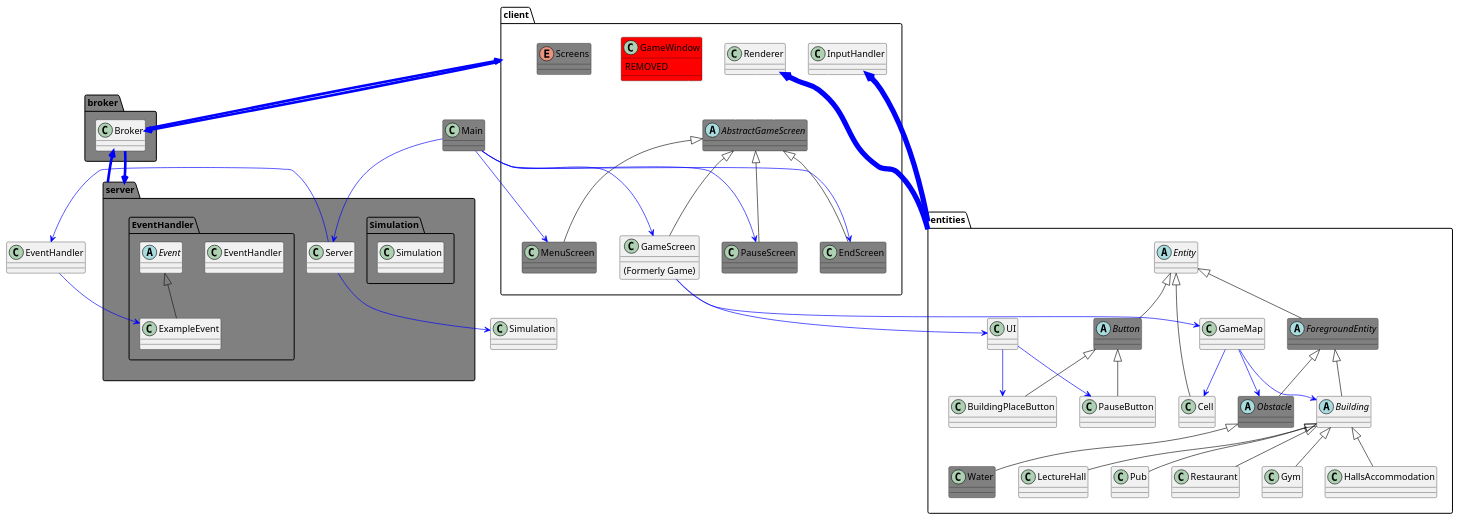
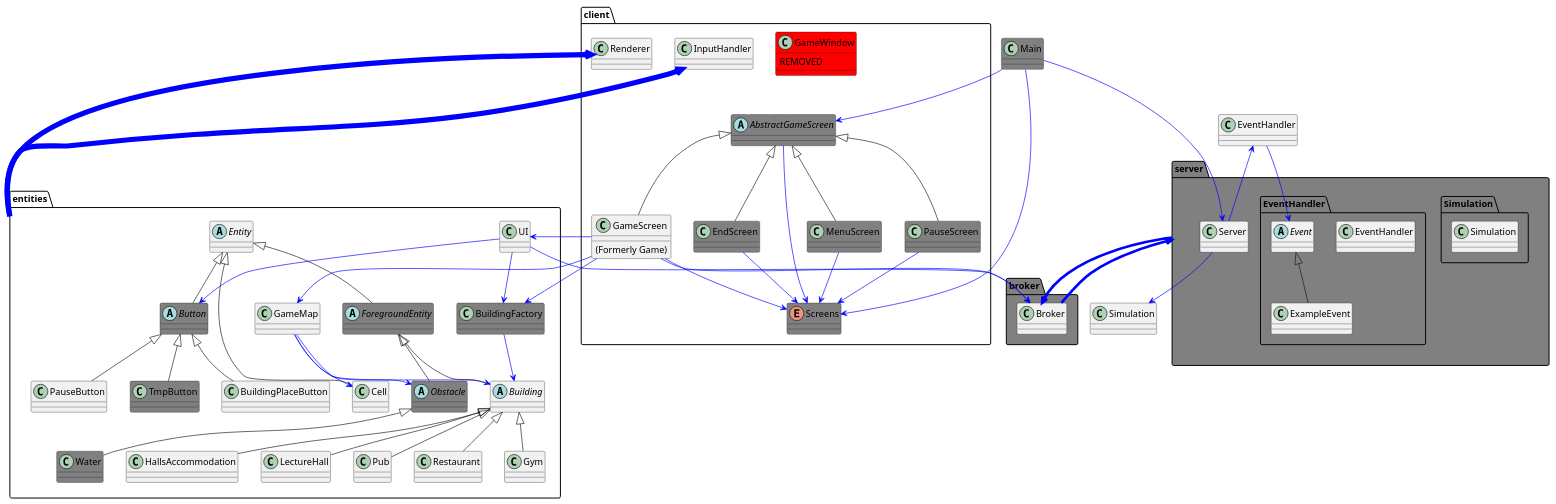
One commit to GRUMv2/Eng1Ass2Cde changed the diagram in CodeDocs/new_arch_v1.puml. Above: the diagram before and after it, drawn with PlantUML.

Commit message:
docs(arch): update architecture UML

```diff
--- a/CodeDocs/new_arch_v1.puml
+++ b/CodeDocs/new_arch_v1.puml
@@ -1,83 +1,90 @@
 @startuml
 /'skinparam groupInheritance 2'/
 
 package client {
     class Renderer
     class InputHandler
     class GameWindow #red {
         REMOVED
     }
     enum Screens #grey
     abstract class AbstractGameScreen #grey
     class MenuScreen #grey extends AbstractGameScreen
     class GameScreen extends AbstractGameScreen {
         (Formerly Game)
     }
     class PauseScreen #grey extends AbstractGameScreen
     class EndScreen #grey extends AbstractGameScreen
 }
 
 class Main #grey
 
 package entities {
     class GameMap
     class UI
     abstract class Entity
     abstract class ForegroundEntity #grey extends Entity
     class Cell extends Entity
     abstract class Obstacle #grey extends ForegroundEntity
     class Water #grey extends Obstacle
     abstract class Button #grey extends Entity
     class BuildingPlaceButton extends Button
     class PauseButton extends Button
+    class TmpButton #grey extends Button
+    class BuildingFactory #grey
     abstract class Building extends ForegroundEntity
     class Gym extends Building
     class HallsAccommodation extends Building
     class LectureHall extends Building
     class Pub extends Building
     class Restaurant extends Building
 }
 
 package broker #grey {
     class Broker
 }
 
 package server #grey {
     class Server
     package Simulation #grey {
         class Simulation
     }
     package EventHandler #grey {
         class EventHandler
         abstract class Event
         class ExampleEvent extends Event
     }
 }
 
 
 GameWindow-down[#white]-AbstractGameScreen
 Renderer-down[#white]-AbstractGameScreen
 InputHandler-down[#white]-AbstractGameScreen
 
 GameScreen --[#blue]> GameMap
 GameScreen --[#blue]> UI
-client --[#blue,thickness=4]> Broker
+GameScreen --[#blue]> Broker
+GameScreen --[#blue]> BuildingFactory
 Main --[#blue]> Server
-Main --[#blue]> GameScreen
-Main --[#blue]> MenuScreen
-Main --[#blue]> PauseScreen
-Main --[#blue]> EndScreen
+Main --[#blue]> AbstractGameScreen
+Main --[#blue]> Screens
+AbstractGameScreen --[#blue]> Screens
+MenuScreen --[#blue]> Screens
+GameScreen --[#blue]> Screens
+PauseScreen --[#blue]> Screens
+EndScreen --[#blue]> Screens
 Broker --[#blue,thickness=4]> server
-Broker --[#blue,thickness=4]> client
+BuildingFactory --[#blue]> Building
 entities --[#blue,thickness=8]> InputHandler
 entities --[#blue,thickness=8]> Renderer
 GameMap --[#blue]> Cell
 GameMap --[#blue]> Building
 GameMap --[#blue]> Obstacle
-UI --[#blue]> BuildingPlaceButton
-UI --[#blue]> PauseButton
+UI --[#blue]> Broker
+UI --[#blue]> BuildingFactory
+UI --[#blue]> Button
 server --[#blue,thickness=4]> Broker
 Server --[#blue]> Simulation
 Server --[#blue]> EventHandler
-EventHandler --[#blue]> ExampleEvent
+EventHandler --[#blue]> Event
 @enduml
```
